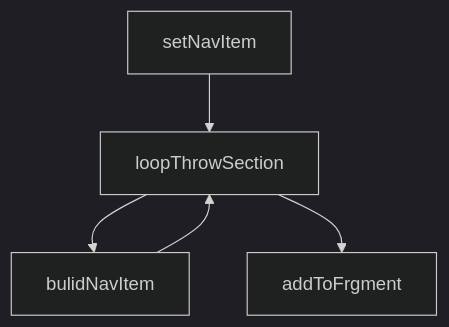
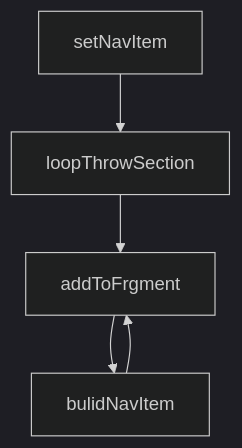
Before and after one commit to Ftohtarek/Udacity-Project: the first of 2 diagrams in Quiz/README.MD, drawn with Mermaid (dark theme).

Commit message:
Basic writing and formatting syntax

````diff
--- a/Quiz/README.MD
+++ b/Quiz/README.MD
@@ -34,7 +34,7 @@
     ```mermaid
     graph TD;
         setNavItem-->loopThrowSection;
-        loopThrowSection-->bulidNavItem;
-        bulidNavItem-->loopThrowSection;
         loopThrowSection-->addToFrgment;
+        addToFrgment-->bulidNavItem;
+        bulidNavItem-->addToFrgment;
     ```
````
